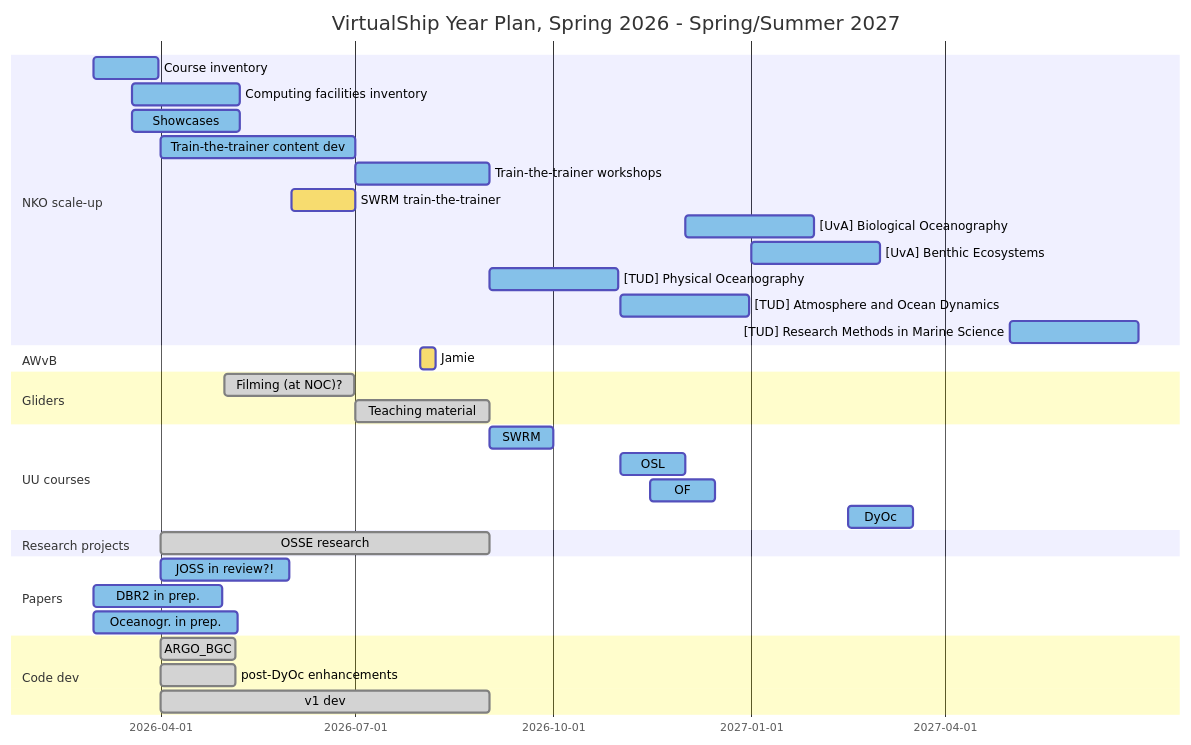
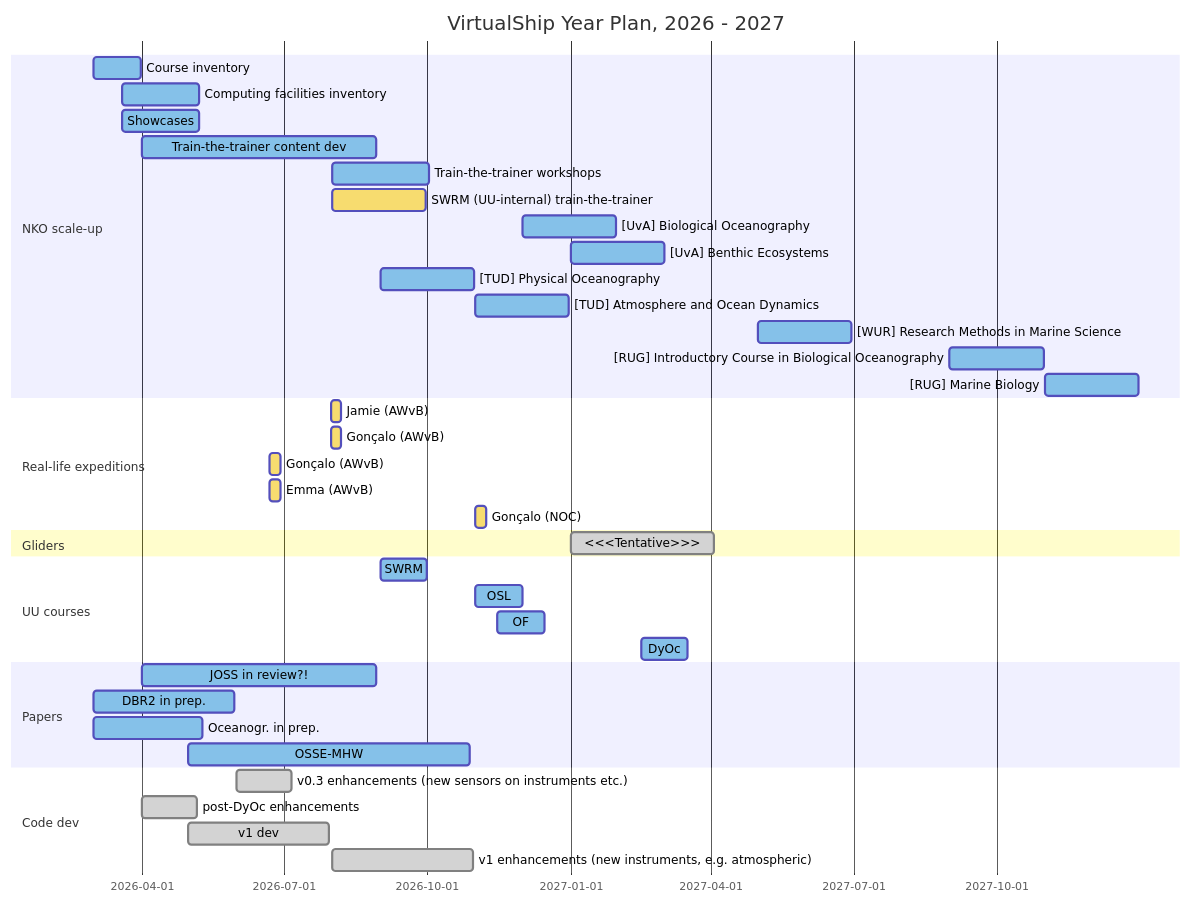
Before and after one commit to Parcels-code/virtualship: the diagram in docs/user-guide/developer-content/gantt_2026-27.md, drawn with Mermaid.

Commit message:
modify/update gantt

````diff
--- a/docs/user-guide/developer-content/gantt_2026-27.md
+++ b/docs/user-guide/developer-content/gantt_2026-27.md
@@ -1,58 +1,65 @@
 ```mermaid
 ---
 config:
   theme: default
 ---
 %%{init: { 'themeVariables': {
     'doneTaskBkgColor': '#d3d3d3',
     'activeTaskBkgColor': '#85C1E9',
     'taskBkgColor': '#F7DC6F',
     'critBorderColor': '#ff0000'
 }}}%%
 gantt
-    title VirtualShip Year Plan, Spring 2026 - Spring/Summer 2027
+    title VirtualShip Year Plan, 2026 - 2027
     dateFormat  YYYY-MM-DD
     tickInterval 3month
     weekday monday
 
     section NKO scale-up
     Course inventory    :active, 2026-03-01, 30d
     Computing facilities inventory :active, 2026-03-19, 50d
     Showcases           :active, 2026-03-19, 50d
-    Train-the-trainer content dev   :active, 2026-04-01, 91d
-    Train-the-trainer workshops :active, 2026-07-01, 62d
-    SWRM train-the-trainer :future, 2026-06-01, 30d
+    Train-the-trainer content dev   :active, 2026-04-01, 150d
+    Train-the-trainer workshops :active, 2026-08-01, 62d
+    SWRM (UU-internal) train-the-trainer :future, 2026-08-01, 60d
     [UvA] Biological Oceanography :active, 2026-12-01, 60d
     [UvA] Benthic Ecosystems :active, 2027-01-01, 60d
     [TUD] Physical Oceanography :active, 2026-09-01, 60d
     [TUD] Atmosphere and Ocean Dynamics :active, 2026-11-01, 60d
-    [TUD] Research Methods in Marine Science :active, 2027-05-01, 60d
+    [WUR] Research Methods in Marine Science :active, 2027-05-01, 60d
+    [RUG] Introductory Course in Biological Oceanography :active, 2027-09-01, 60d
+    [RUG] Marine Biology :active, 2027-11-01, 60d
+
+    section Real-life expeditions
+    Jamie (AWvB) :, 2026-07-31, 7d
+    Gonçalo (AWvB) :, 2026-07-31, 7d
+    Gonçalo (AWvB) :, 2026-06-22, 7d
+    Emma (AWvB) :, 2026-06-22, 7d
+    Gonçalo (NOC) :, 2026-11-01, 7d
 
 
-    section AWvB
-    Jamie :, 2026-07-31, 7d
+
 
     section Gliders
-    Filming (at NOC)? :done, 2026-05-01, 60d
-    Teaching material :done, 2026-07-01, 62d
+    <<<Tentative>>> :done, 2027-01-01, 92d
 
     section UU courses
     SWRM :active, 2026-09-01, 30d
     OSL :active, 2026-11-01, 30d
     OF  :active, 2026-11-15, 30d
     DyOc :active, 2027-02-15, 30d
 
-    section Research projects
-    OSSE research :done, 2026-04-01, 153d
+    section Papers
+    JOSS in review?! :active, 2026-04-01, 150d
+    DBR2 in prep. :active, 2026-03-01, 90d
+    Oceanogr. in prep. :active, 2026-03-01, 70d
+    OSSE-MHW :active, 2026-05-01, 180d
 
-    section Papers
-    JOSS in review?! :active, 2026-04-01, 60d
-    DBR2 in prep. :active, 2026-03-01, 60d
-    Oceanogr. in prep. :active, 2026-03-01, 67d
 
     section Code dev
-    ARGO_BGC :done, 2026-04-01, 35d
+    v0.3 enhancements (new sensors on instruments etc.) :done, 2026-06-01, 35d
     post-DyOc enhancements :done, 2026-04-01, 35d
-    v1 dev       :done, 2026-04-01, 153d
+    v1 dev       :done, 2026-05-01, 90d
+    v1 enhancements (new instruments, e.g. atmospheric) :done, 2026-08-01, 90d
 
 ```
````
